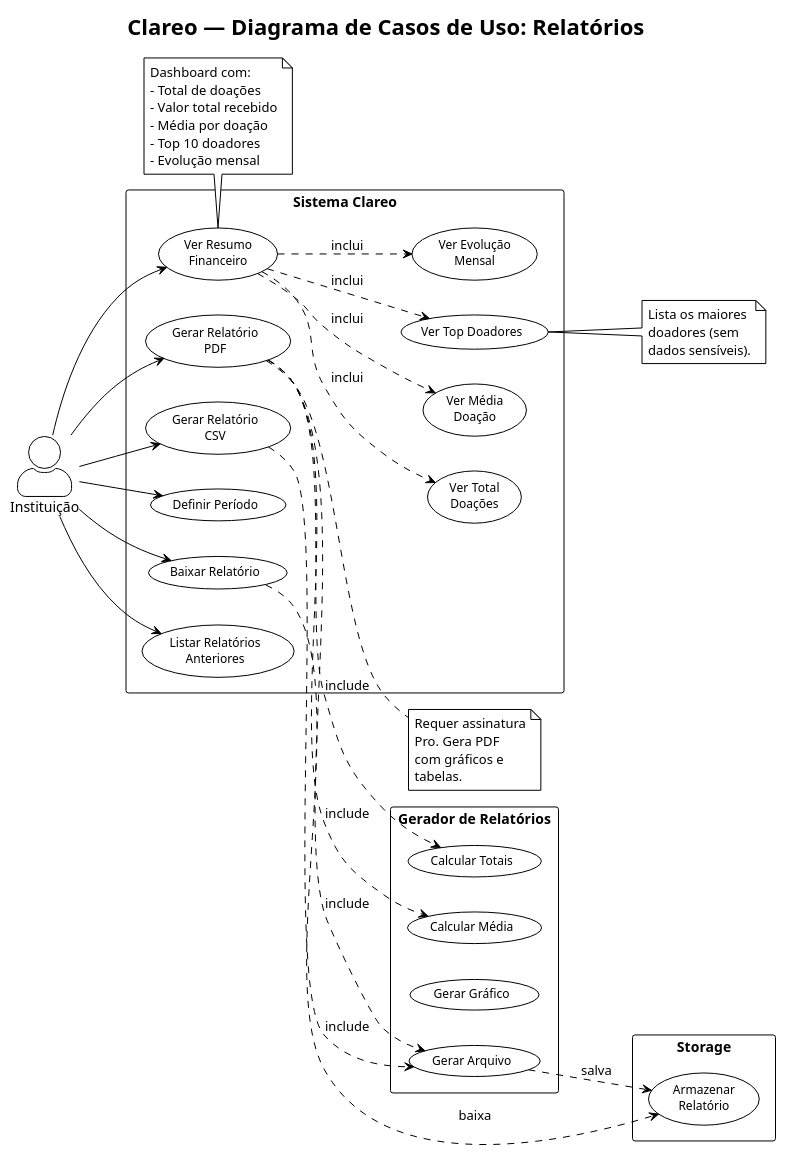
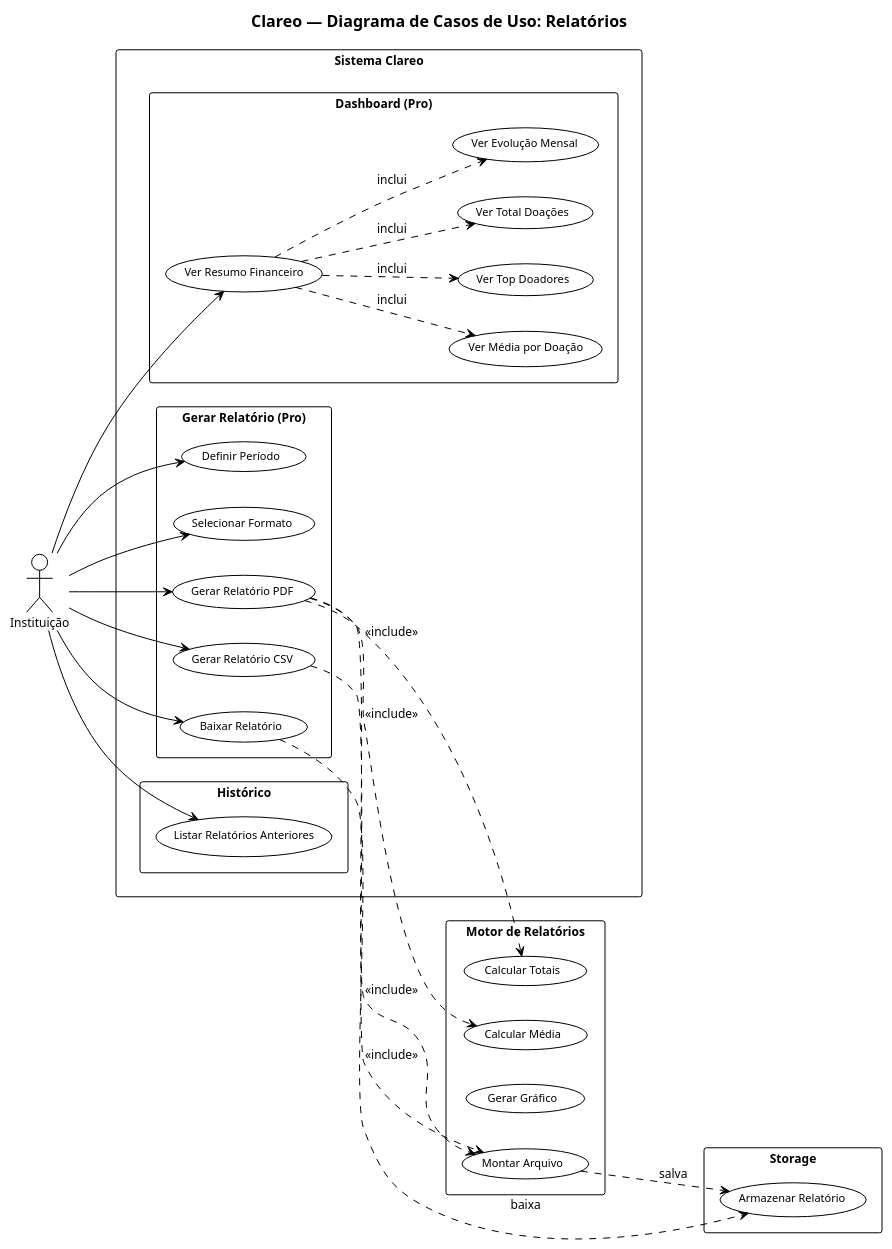
The diagram in doc/asaas/diagramas/08-RELATORIOS.puml (GabrielHR0/clareo-api), drawn with PlantUML before and after one commit. The commit also changed 8 other files, not shown here.

Commit message:
docs: reorganizar diagramas PlantUML - bonequinhos de palito, packages, layout limpo

```diff
--- a/doc/asaas/diagramas/08-RELATORIOS.puml
+++ b/doc/asaas/diagramas/08-RELATORIOS.puml
@@ -1,78 +1,77 @@
 @startuml Clareo - Relatorios
 !theme plain
-left to right direction
-skinparam actorStyle awesome
+skinparam defaultFontName Arial
+skinparam defaultFontSize 12
+skinparam packageFontSize 13
 skinparam packageStyle rectangle
-skinparam packageFontSize 14
-skinparam usecaseFontSize 12
-skinparam defaultFontName Arial
+skinparam useCaseFontSize 11
+skinparam actorFontSize 12
+skinparam titleFontSize 16
+skinparam titleFontStyle bold
 
 title Clareo — Diagrama de Casos de Uso: Relatórios
 
+left to right direction
+
+' ===== Atores =====
 actor "Instituição" as Institution
 
+' ===== Sistema =====
 rectangle "Sistema Clareo" {
-  usecase "Gerar Relatório\nPDF" as UC1
-  usecase "Gerar Relatório\nCSV" as UC2
-  usecase "Definir Período" as UC3
-  usecase "Ver Resumo\nFinanceiro" as UC4
-  usecase "Ver Total\nDoações" as UC5
-  usecase "Ver Média\nDoação" as UC6
-  usecase "Ver Top Doadores" as UC7
-  usecase "Ver Evolução\nMensal" as UC8
-  usecase "Baixar Relatório" as UC9
-  usecase "Listar Relatórios\nAnteriores" as UC10
+
+  package "Gerar Relatório (Pro)" {
+    usecase "Definir Período" as UC1
+    usecase "Selecionar Formato" as UC2
+    usecase "Gerar Relatório PDF" as UC3
+    usecase "Gerar Relatório CSV" as UC4
+    usecase "Baixar Relatório" as UC5
+  }
+
+  package "Dashboard (Pro)" {
+    usecase "Ver Resumo Financeiro" as UC6
+    usecase "Ver Total Doações" as UC7
+    usecase "Ver Média por Doação" as UC8
+    usecase "Ver Top Doadores" as UC9
+    usecase "Ver Evolução Mensal" as UC10
+  }
+
+  package "Histórico" {
+    usecase "Listar Relatórios Anteriores" as UC11
+  }
 }
 
-rectangle "Gerador de Relatórios" {
+' ===== Gerador =====
+rectangle "Motor de Relatórios" {
   usecase "Calcular Totais" as UC_G1
   usecase "Calcular Média" as UC_G2
   usecase "Gerar Gráfico" as UC_G3
-  usecase "Gerar Arquivo" as UC_G4
+  usecase "Montar Arquivo" as UC_G4
 }
 
+' ===== Storage =====
 rectangle "Storage" {
-  usecase "Armazenar\nRelatório" as UC_S1
+  usecase "Armazenar Relatório" as UC_S1
 }
 
+' ===== Conexões =====
 Institution --> UC1
 Institution --> UC2
 Institution --> UC3
 Institution --> UC4
-Institution --> UC9
-Institution --> UC10
+Institution --> UC5
+Institution --> UC6
+Institution --> UC11
 
-UC1 ..> UC_G1 : include
-UC1 ..> UC_G2 : include
-UC1 ..> UC_G4 : include
-UC2 ..> UC_G4 : include
-UC4 ..> UC5 : inclui
-UC4 ..> UC6 : inclui
-UC4 ..> UC7 : inclui
-UC4 ..> UC8 : inclui
+' ===== Relacionamentos =====
+UC3 ..> UC_G1 : <<include>>
+UC3 ..> UC_G2 : <<include>>
+UC4 ..> UC_G4 : <<include>>
+UC3 ..> UC_G4 : <<include>>
 UC_G4 ..> UC_S1 : salva
-UC9 ..> UC_S1 : baixa
-
-note right of UC1
-  Requer assinatura
-  Pro. Gera PDF
-  com gráficos e
-  tabelas.
-end note
-
-note bottom of UC4
-  Dashboard com:
-  - Total de doações
-  - Valor total recebido
-  - Média por doação
-  - Top 10 doadores
-  - Evolução mensal
-end note
-
-note right of UC7
-  Lista os maiores
-  doadores (sem
-  dados sensíveis).
-end note
+UC5 ..> UC_S1 : baixa
+UC6 ..> UC7 : inclui
+UC6 ..> UC8 : inclui
+UC6 ..> UC9 : inclui
+UC6 ..> UC10 : inclui
 
 @enduml
```
